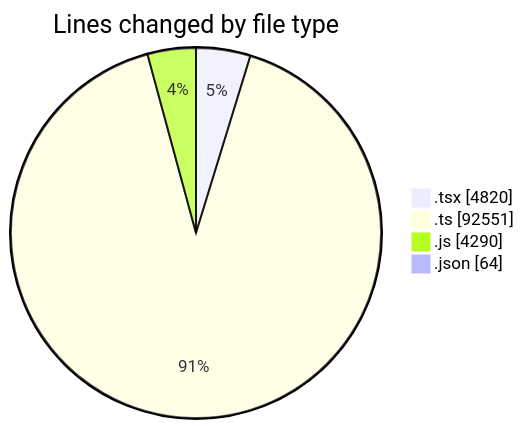
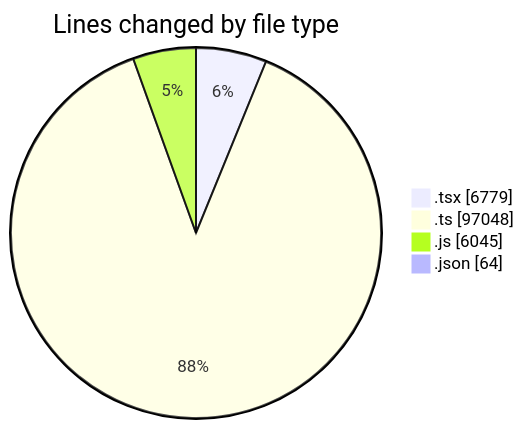
The first of 2 diagrams in 2026-07-30/cda/README.md (momahboobian/code-tracking), drawn with Mermaid before and after one commit. The commit also changed other lines of this file and 1 other file, not shown here.

````diff
--- a/2026-07-30/cda/README.md
+++ b/2026-07-30/cda/README.md
@@ -55,8 +55,8 @@
 ```mermaid
 pie showData
 title Lines changed by file type
-".tsx" : 4820
-".ts" : 92551
-".js" : 4290
+".tsx" : 6779
+".ts" : 97048
+".js" : 6045
 ".json" : 64
 ```
````
